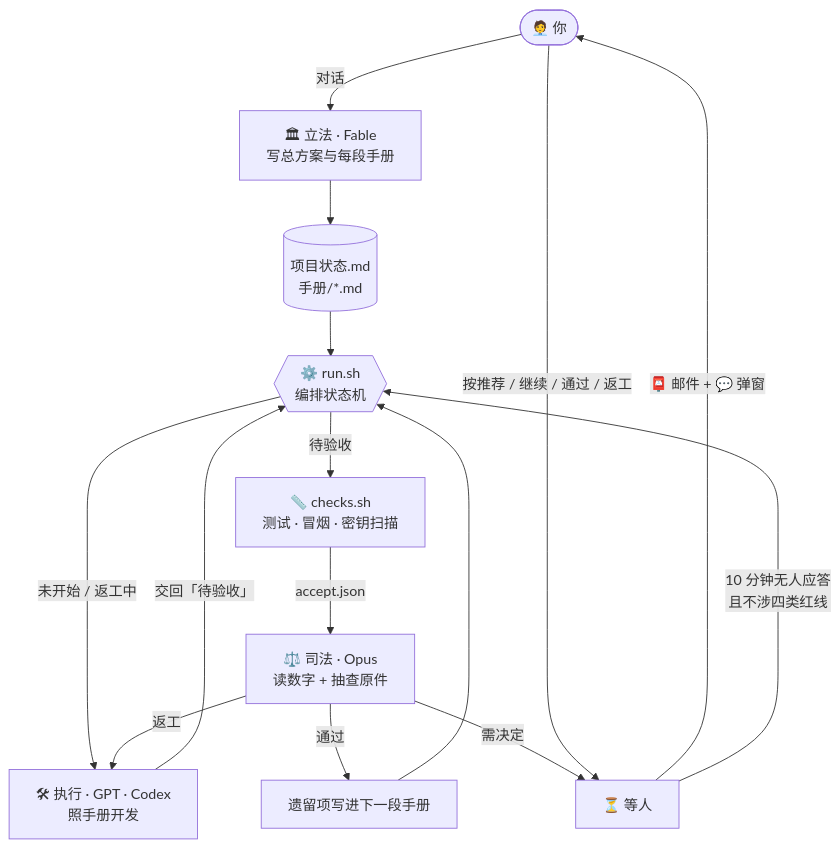
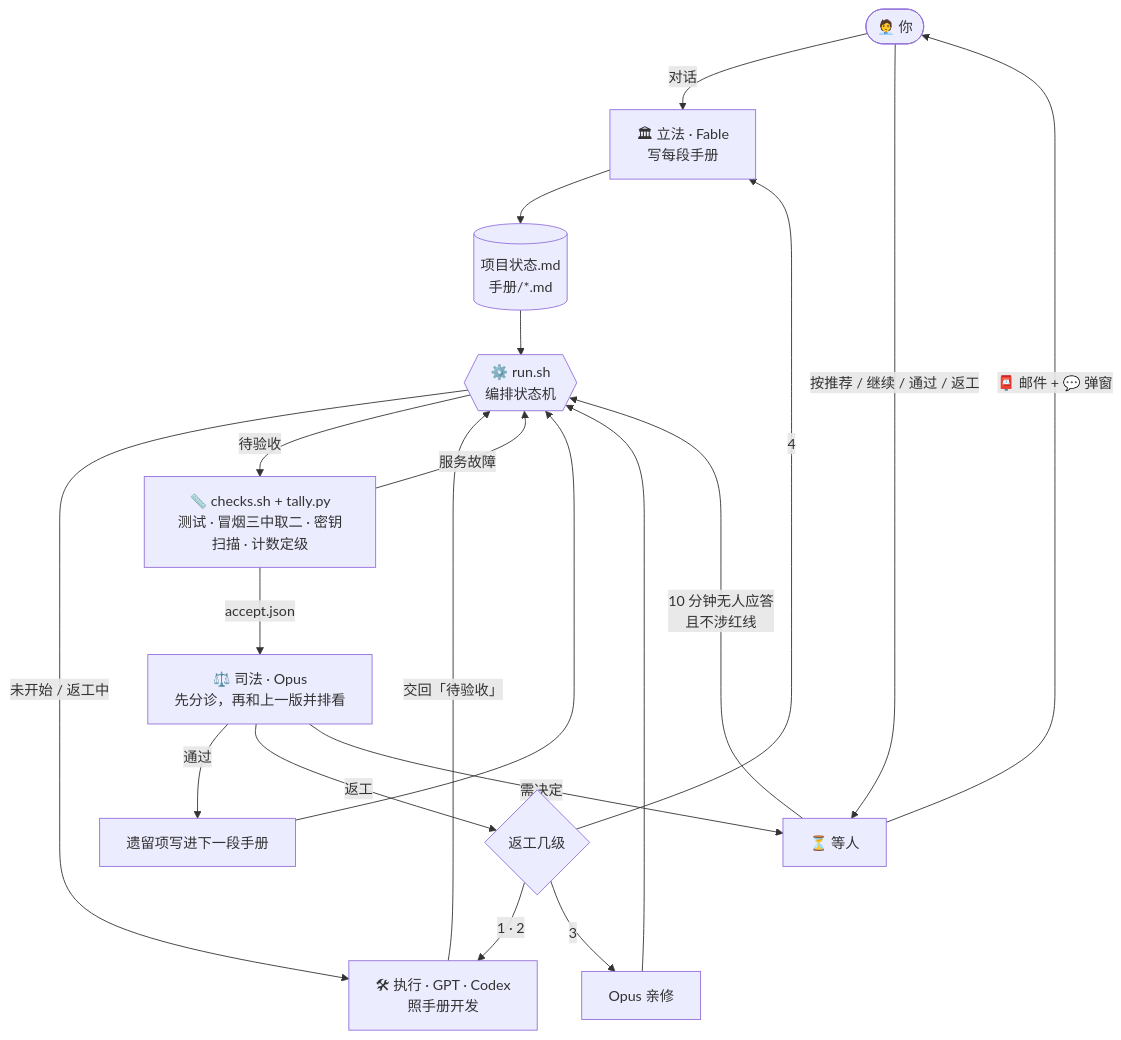
Before and after one commit to wyatttml/trias: the first of 2 diagrams in README.md, drawn with Mermaid. The commit also changed other lines of this file and 39 other files, not shown here.

````diff
--- a/README.md
+++ b/README.md
@@ -85,17 +148,21 @@
 ```mermaid
 flowchart TD
-    PM([🧑‍💼 你]) -- 对话 --> F[🏛 立法 · Fable<br/>写总方案与每段手册]
+    PM([🧑‍💼 你]) -- 对话 --> F[🏛 立法 · Fable<br/>写每段手册]
     F --> S[(项目状态.md<br/>手册/*.md)]
     S --> R{{⚙️ run.sh<br/>编排状态机}}
     R -- 未开始 / 返工中 --> C[🛠 执行 · GPT · Codex<br/>照手册开发]
     C -- 交回「待验收」 --> R
-    R -- 待验收 --> K[📏 checks.sh<br/>测试 · 冒烟 · 密钥扫描]
-    K -- accept.json --> O[⚖️ 司法 · Opus<br/>读数字 + 抽查原件]
+    R -- 待验收 --> K[📏 checks.sh + tally.py<br/>测试 · 冒烟三中取二 · 密钥扫描 · 计数定级]
+    K -- 服务故障 --> R
+    K -- accept.json --> O[⚖️ 司法 · Opus<br/>先分诊，再和上一版并排看]
     O -- 通过 --> N[遗留项写进下一段手册]
-    O -- 返工 --> C
+    O -- 返工 --> L{返工几级}
+    L -- 1 · 2 --> C
+    L -- 3 --> O2[Opus 亲修] --> R
+    L -- 4 --> F
     O -- 需决定 --> W[⏳ 等人]
     N --> R
     W -- 📮 邮件 + 💬 弹窗 --> PM
     PM -- 按推荐 / 继续 / 通过 / 返工 --> W
-    W -- 10 分钟无人应答<br/>且不涉四类红线 --> R
+    W -- 10 分钟无人应答<br/>且不涉红线 --> R
 ```
````
